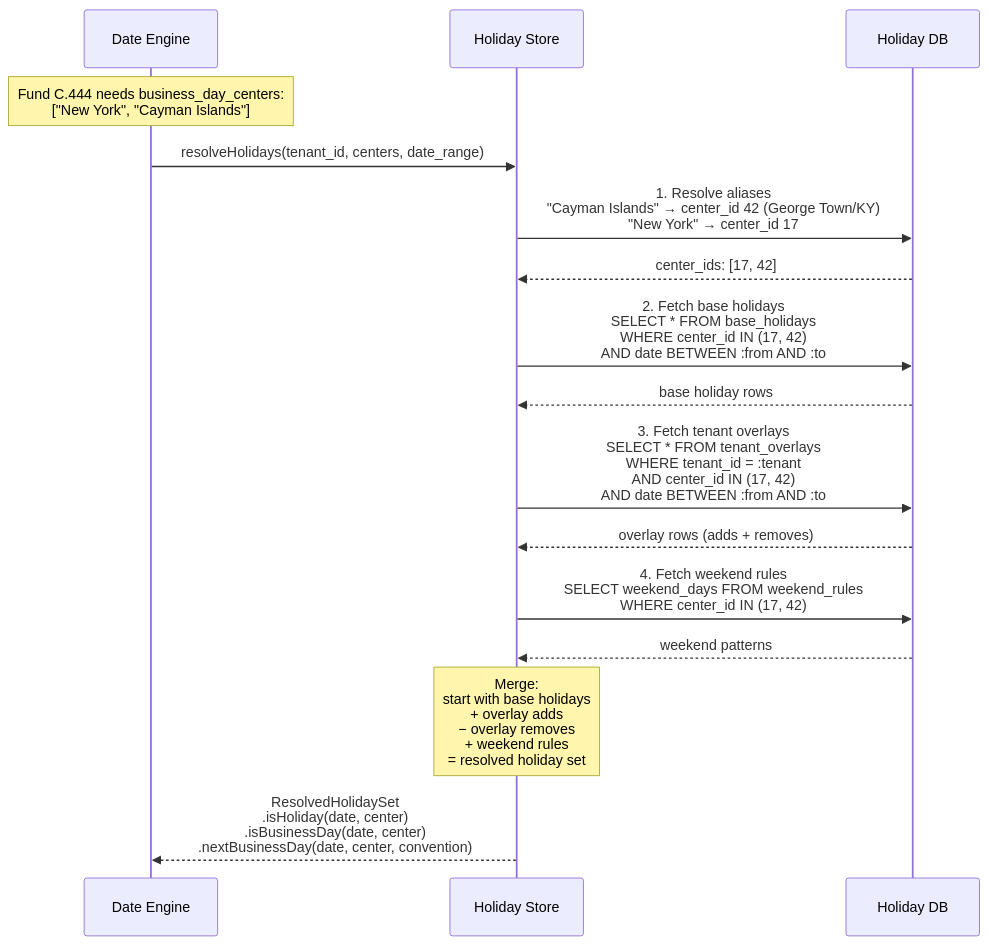
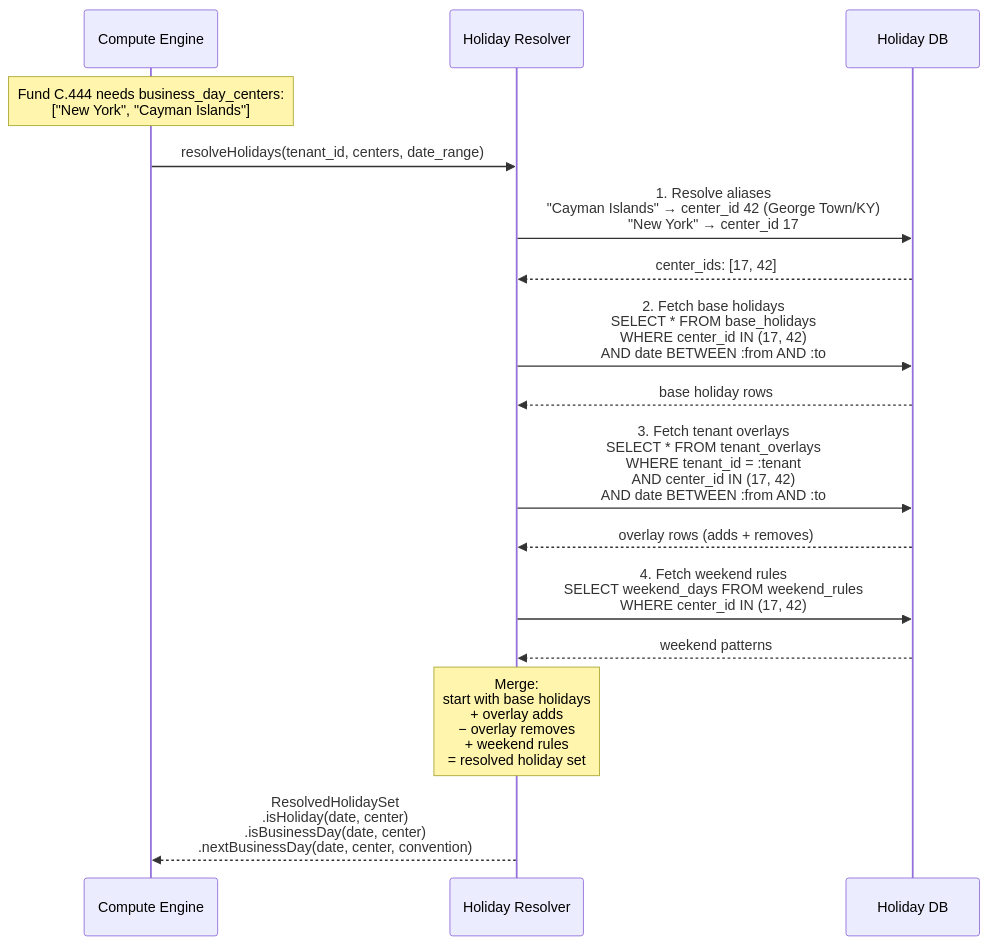
One commit to Ashu290905/OSYTE changed the second of 8 diagrams in lcs-main/docs/architecture.md. Above: the diagram before and after it, drawn with Mermaid. The commit also changed other lines of this file, not shown here.

First line of the commit message:
Refactor architecture: Holiday Resolver with caching, Compute Engine, Terms Reader

````diff
--- a/lcs-main/docs/architecture.md
+++ b/lcs-main/docs/architecture.md
@@ -93,26 +113,26 @@
 ```mermaid
 sequenceDiagram
-    participant DE as Date Engine
-    participant HS as Holiday Store
+    participant DE as Compute Engine
+    participant HS as Holiday Resolver
     participant DB as Holiday DB
 
     Note over DE: Fund C.444 needs business_day_centers:<br/>["New York", "Cayman Islands"]
 
     DE->>HS: resolveHolidays(tenant_id, centers, date_range)
 
     HS->>DB: 1. Resolve aliases<br/>"Cayman Islands" → center_id 42 (George Town/KY)<br/>"New York" → center_id 17
     DB-->>HS: center_ids: [17, 42]
 
     HS->>DB: 2. Fetch base holidays<br/>SELECT * FROM base_holidays<br/>WHERE center_id IN (17, 42)<br/>AND date BETWEEN :from AND :to
     DB-->>HS: base holiday rows
 
     HS->>DB: 3. Fetch tenant overlays<br/>SELECT * FROM tenant_overlays<br/>WHERE tenant_id = :tenant<br/>AND center_id IN (17, 42)<br/>AND date BETWEEN :from AND :to
     DB-->>HS: overlay rows (adds + removes)
 
     HS->>DB: 4. Fetch weekend rules<br/>SELECT weekend_days FROM weekend_rules<br/>WHERE center_id IN (17, 42)
     DB-->>HS: weekend patterns
 
     Note over HS: Merge:<br/>start with base holidays<br/>+ overlay adds<br/>− overlay removes<br/>+ weekend rules<br/>= resolved holiday set
 
     HS-->>DE: ResolvedHolidaySet<br/>.isHoliday(date, center)<br/>.isBusinessDay(date, center)<br/>.nextBusinessDay(date, center, convention)
 ```
````
